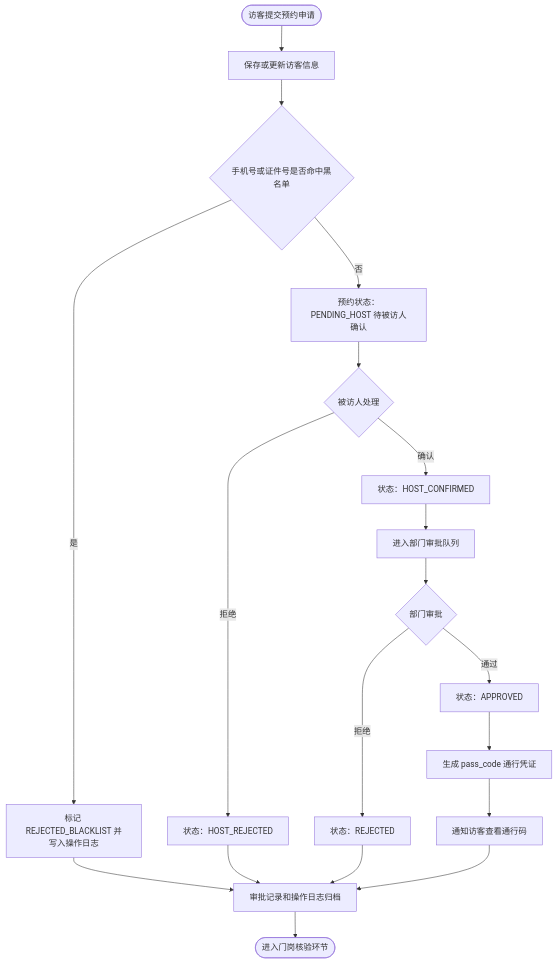
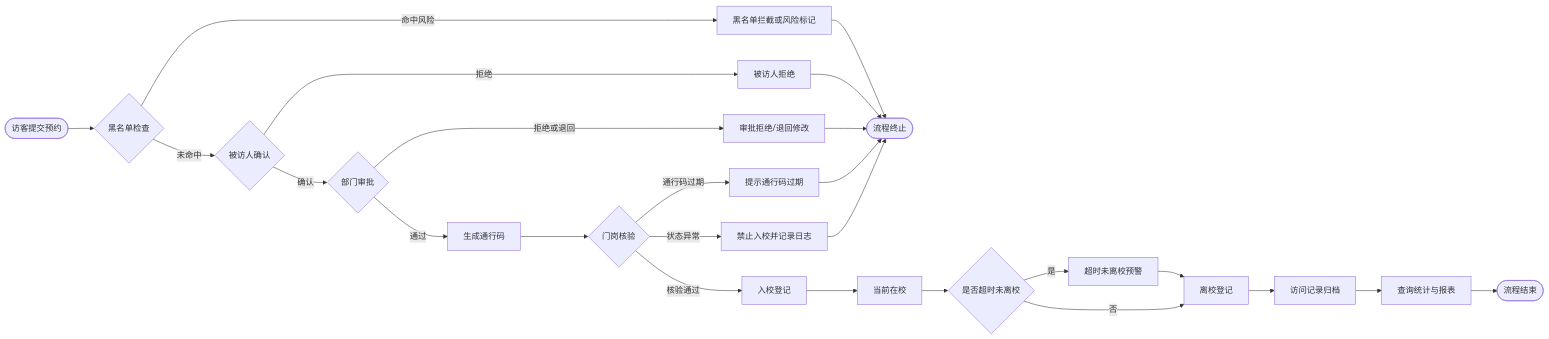
The seventh of 11 diagrams in project/docs/diagrams.md (yccc530/CQUPT-visitor-management-system), drawn with Mermaid before and after one commit. The commit also changed other lines of this file and 67 other files, not shown here.

````diff
--- a/project/docs/diagrams.md
+++ b/project/docs/diagrams.md
@@ -468,38 +643,30 @@
 ```mermaid
-flowchart TD
-  Start([访客提交预约申请])
-  SaveVisitor[保存或更新访客信息]
-  CheckBlacklist{手机号或证件号是否命中黑名单}
-  RejectBlacklist[标记 REJECTED_BLACKLIST 并写入操作日志]
-  PendingHost[预约状态：PENDING_HOST 待被访人确认]
-  HostDecision{被访人处理}
-  HostReject[状态：HOST_REJECTED]
-  HostConfirm[状态：HOST_CONFIRMED]
-  DeptQueue[进入部门审批队列]
-  DeptDecision{部门审批}
-  DeptReject[状态：REJECTED]
-  Approved[状态：APPROVED]
-  GeneratePass[生成 pass_code 通行凭证]
-  NotifyVisitor[通知访客查看通行码]
-  Archive[审批记录和操作日志归档]
-  End([进入门岗核验环节])
+flowchart LR
+  Start([访客提交预约]) --> Blacklist{黑名单检查}
+  Blacklist -->|命中风险| Block[黑名单拦截或风险标记]
+  Block --> EndReject([流程终止])
 
-  Start --> SaveVisitor
-  SaveVisitor --> CheckBlacklist
-  CheckBlacklist -->|是| RejectBlacklist
-  RejectBlacklist --> Archive
-  CheckBlacklist -->|否| PendingHost
-  PendingHost --> HostDecision
-  HostDecision -->|拒绝| HostReject
-  HostDecision -->|确认| HostConfirm
-  HostConfirm --> DeptQueue
-  DeptQueue --> DeptDecision
-  DeptDecision -->|拒绝| DeptReject
-  DeptDecision -->|通过| Approved
-  Approved --> GeneratePass
-  GeneratePass --> NotifyVisitor
-  HostReject --> Archive
-  DeptReject --> Archive
-  NotifyVisitor --> Archive
-  Archive --> End
+  Blacklist -->|未命中| Host{被访人确认}
+  Host -->|拒绝| HostReject[被访人拒绝]
+  HostReject --> EndReject
+  Host -->|确认| Dept{部门审批}
+  Dept -->|拒绝或退回| DeptReject[审批拒绝/退回修改]
+  DeptReject --> EndReject
+  Dept -->|通过| Pass[生成通行码]
+
+  Pass --> Verify{门岗核验}
+  Verify -->|通行码过期| Expired[提示通行码过期]
+  Expired --> EndReject
+  Verify -->|状态异常| VerifyFail[禁止入校并记录日志]
+  VerifyFail --> EndReject
+  Verify -->|核验通过| Entry[入校登记]
+
+  Entry --> InCampus[当前在校]
+  InCampus --> Timeout{是否超时未离校}
+  Timeout -->|是| Overtime[超时未离校预警]
+  Overtime --> Leave[离校登记]
+  Timeout -->|否| Leave
+  Leave --> Archive[访问记录归档]
+  Archive --> Report[查询统计与报表]
+  Report --> End([流程结束])
 ```
````
